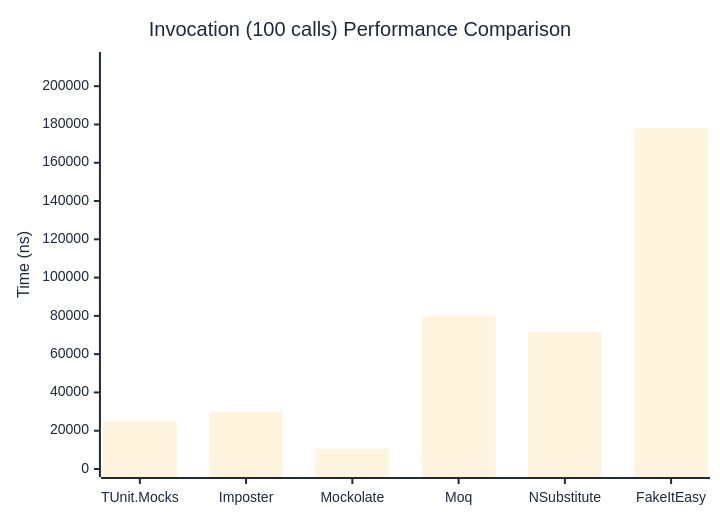
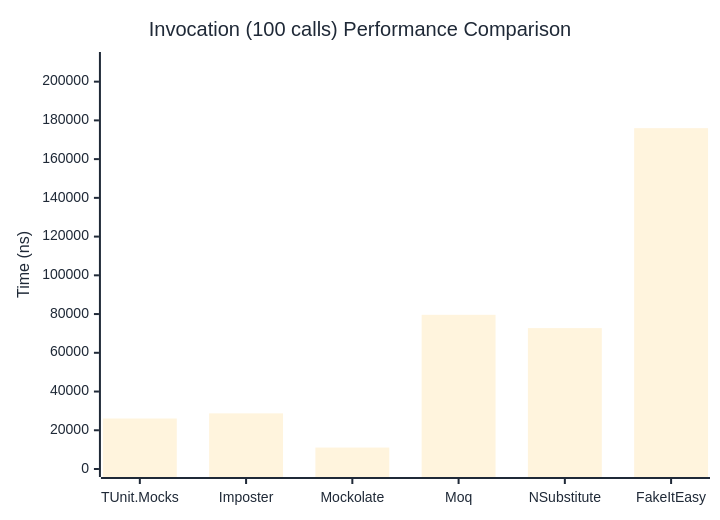
The third of 3 diagrams in docs/docs/benchmarks/mocks/Invocation.md (thomhurst/TUnit), drawn with Mermaid before and after one commit. The commit also changed other lines of this file and 14 other files, not shown here.

````diff
--- a/docs/docs/benchmarks/mocks/Invocation.md
+++ b/docs/docs/benchmarks/mocks/Invocation.md
@@ -110,27 +110,27 @@
 ```mermaid
 %%{init: {
   'theme':'base',
   'themeVariables': {
     'primaryColor': '#2563eb',
     'primaryTextColor': '#1f2937',
     'primaryBorderColor': '#1e40af',
     'lineColor': '#6b7280',
     'secondaryColor': '#7c3aed',
     'tertiaryColor': '#dc2626',
     'background': '#ffffff',
     'pie1': '#2563eb',
     'pie2': '#7c3aed',
     'pie3': '#dc2626',
     'pie4': '#f59e0b',
     'pie5': '#10b981',
     'pie6': '#06b6d4',
     'pie7': '#ec4899',
     'pie8': '#6366f1'
   }
 }}%%
 xychart-beta
   title "Invocation (100 calls) Performance Comparison"
   x-axis ["TUnit.Mocks", "Imposter", "Mockolate", "Moq", "NSubstitute", "FakeItEasy"]
-  y-axis "Time (ns)" 0 --> 213679
-  bar [25056.4, 29579.1, 10672, 80233.4, 71590.8, 178065.3]
+  y-axis "Time (ns)" 0 --> 211180
+  bar [26067.49, 28722.53, 11074.26, 79608.76, 72743.88, 175982.51]
 ```
````
